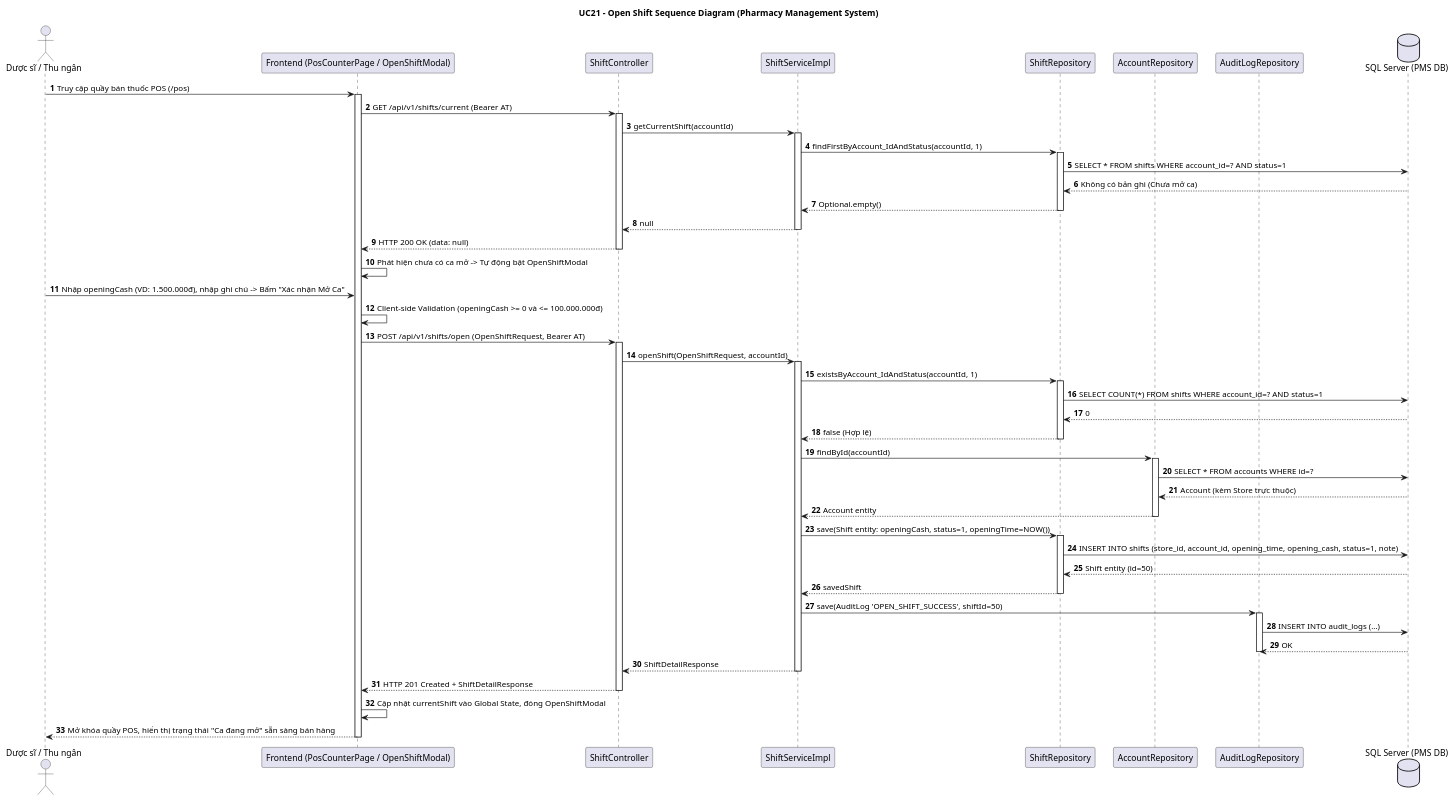
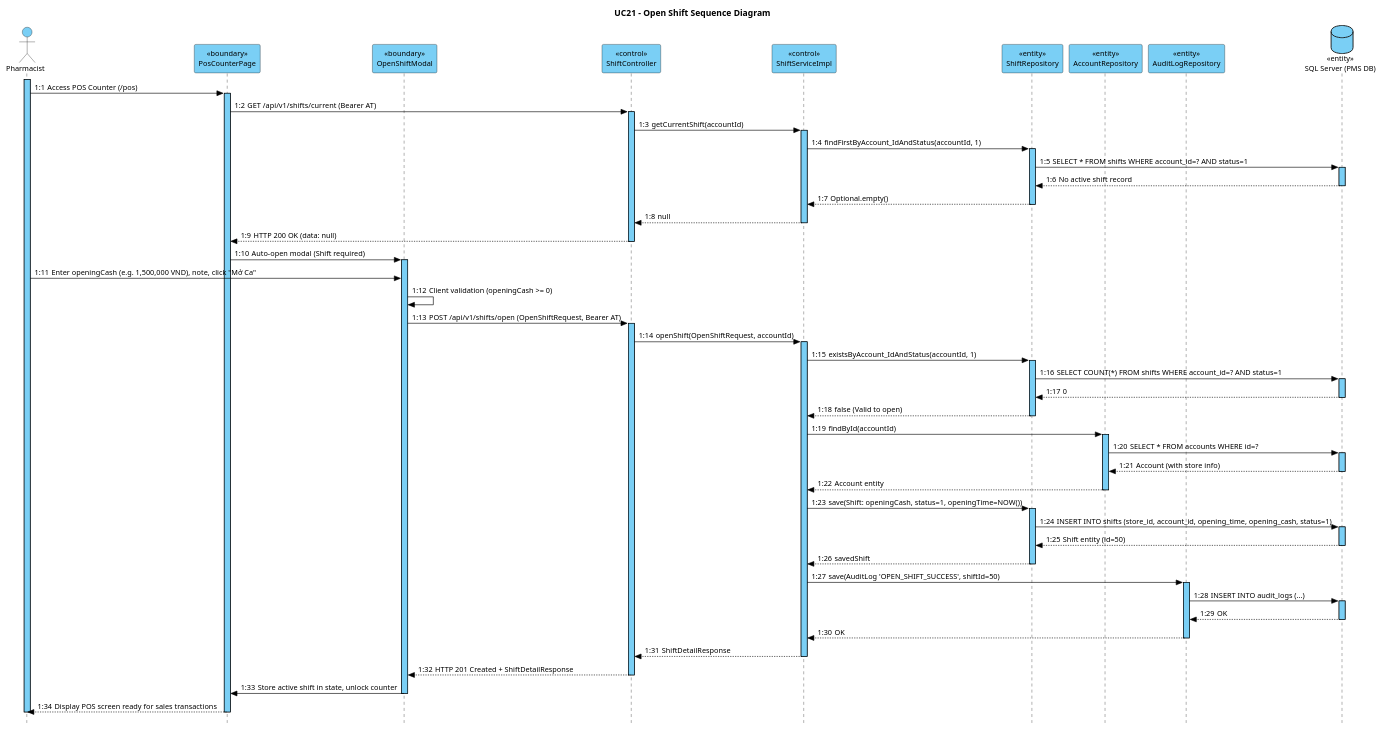
One commit to TuanNam1121/PharmacyManagementSystem changed the diagram in TaiLieu_SRS_SDS/SDS/SequenceDiagrams/03_Shift_Management/SQ11_Open_Shift.puml. Above: the diagram before and after it, drawn with PlantUML. The commit also changed 32 other files, not shown here.

Commit message:
docs: standardize all 16 sequence diagrams to Visual Paradigm style (#7ACFF5, stereotypes, lifelines)

```diff
--- a/TaiLieu_SRS_SDS/SDS/SequenceDiagrams/03_Shift_Management/SQ11_Open_Shift.puml
+++ b/TaiLieu_SRS_SDS/SDS/SequenceDiagrams/03_Shift_Management/SQ11_Open_Shift.puml
@@ -1,77 +1,119 @@
 @startuml SQ11_Open_Shift
-title UC21 - Open Shift Sequence Diagram (Pharmacy Management System)
-autonumber
-skinparam BoxPadding 10
-skinparam ParticipantPadding 10
+title UC21 - Open Shift Sequence Diagram
+autonumber "1:"
+skinparam style strictuml
+skinparam sequenceMessageAlign left
+skinparam defaultFontName Arial
+skinparam defaultFontSize 12
 
-actor User as "Dược sĩ / Thu ngân"
-participant FE as "Frontend (PosCounterPage / OpenShiftModal)"
-participant SC as "ShiftController"
-participant SS as "ShiftServiceImpl"
-participant SR as "ShiftRepository"
-participant AR as "AccountRepository"
-participant ALR as "AuditLogRepository"
-database DB as "SQL Server (PMS DB)"
+skinparam sequence {
+    LifeLineBorderColor #000000
+    LifeLineBackgroundColor #7ACFF5
+    ParticipantBorderColor #000000
+    ParticipantBackgroundColor #7ACFF5
+    ParticipantFontColor #000000
+    ParticipantFontSize 12
+    ActorBorderColor #000000
+    ActorBackgroundColor #7ACFF5
+    ActorFontColor #000000
+    ArrowColor #000000
+    ArrowFontColor #000000
+    GroupBorderColor #000000
+}
 
-User -> FE: Truy cập quầy bán thuốc POS (/pos)
-activate FE
-FE -> SC: GET /api/v1/shifts/current (Bearer AT)
-activate SC
-SC -> SS: getCurrentShift(accountId)
-activate SS
-SS -> SR: findFirstByAccount_IdAndStatus(accountId, 1)
-activate SR
-SR -> DB: SELECT * FROM shifts WHERE account_id=? AND status=1
-DB --> SR: Không có bản ghi (Chưa mở ca)
-SR --> SS: Optional.empty()
-deactivate SR
-SS --> SC: null
-deactivate SS
-SC --> FE: HTTP 200 OK (data: null)
-deactivate SC
+actor "Pharmacist" as Pharmacist #7ACFF5
+participant "<<boundary>>\nPosCounterPage" as PosCounterPage #7ACFF5
+participant "<<boundary>>\nOpenShiftModal" as OpenShiftModal #7ACFF5
+participant "<<control>>\nShiftController" as ShiftController #7ACFF5
+participant "<<control>>\nShiftServiceImpl" as ShiftServiceImpl #7ACFF5
+participant "<<entity>>\nShiftRepository" as ShiftRepository #7ACFF5
+participant "<<entity>>\nAccountRepository" as AccountRepository #7ACFF5
+participant "<<entity>>\nAuditLogRepository" as AuditLogRepo #7ACFF5
+database "<<entity>>\nSQL Server (PMS DB)" as DB #7ACFF5
 
-FE -> FE: Phát hiện chưa có ca mở -> Tự động bật OpenShiftModal
-User -> FE: Nhập openingCash (VD: 1.500.000đ), nhập ghi chú -> Bấm "Xác nhận Mở Ca"
-FE -> FE: Client-side Validation (openingCash >= 0 và <= 100.000.000đ)
+activate Pharmacist #7ACFF5
+Pharmacist -> PosCounterPage: Access POS Counter (/pos)
+activate PosCounterPage #7ACFF5
 
-FE -> SC: POST /api/v1/shifts/open (OpenShiftRequest, Bearer AT)
-activate SC
-SC -> SS: openShift(OpenShiftRequest, accountId)
-activate SS
+PosCounterPage -> ShiftController: GET /api/v1/shifts/current (Bearer AT)
+activate ShiftController #7ACFF5
 
-SS -> SR: existsByAccount_IdAndStatus(accountId, 1)
-activate SR
-SR -> DB: SELECT COUNT(*) FROM shifts WHERE account_id=? AND status=1
-DB --> SR: 0
-SR --> SS: false (Hợp lệ)
-deactivate SR
+ShiftController -> ShiftServiceImpl: getCurrentShift(accountId)
+activate ShiftServiceImpl #7ACFF5
 
-SS -> AR: findById(accountId)
-activate AR
-AR -> DB: SELECT * FROM accounts WHERE id=?
-DB --> AR: Account (kèm Store trực thuộc)
-AR --> SS: Account entity
-deactivate AR
+ShiftServiceImpl -> ShiftRepository: findFirstByAccount_IdAndStatus(accountId, 1)
+activate ShiftRepository #7ACFF5
+ShiftRepository -> DB: SELECT * FROM shifts WHERE account_id=? AND status=1
+activate DB #7ACFF5
+DB --> ShiftRepository: No active shift record
+deactivate DB
+ShiftRepository --> ShiftServiceImpl: Optional.empty()
+deactivate ShiftRepository
 
-SS -> SR: save(Shift entity: openingCash, status=1, openingTime=NOW())
-activate SR
-SR -> DB: INSERT INTO shifts (store_id, account_id, opening_time, opening_cash, status=1, note)
-DB --> SR: Shift entity (id=50)
-SR --> SS: savedShift
-deactivate SR
+ShiftServiceImpl --> ShiftController: null
+deactivate ShiftServiceImpl
 
-SS -> ALR: save(AuditLog 'OPEN_SHIFT_SUCCESS', shiftId=50)
-activate ALR
-ALR -> DB: INSERT INTO audit_logs (...)
-DB --> ALR: OK
-deactivate ALR
+ShiftController --> PosCounterPage: HTTP 200 OK (data: null)
+deactivate ShiftController
 
-SS --> SC: ShiftDetailResponse
-deactivate SS
-SC --> FE: HTTP 201 Created + ShiftDetailResponse
-deactivate SC
+PosCounterPage -> OpenShiftModal: Auto-open modal (Shift required)
+activate OpenShiftModal #7ACFF5
 
-FE -> FE: Cập nhật currentShift vào Global State, đóng OpenShiftModal
-FE --> User: Mở khóa quầy POS, hiển thị trạng thái "Ca đang mở" sẵn sàng bán hàng
-deactivate FE
+Pharmacist -> OpenShiftModal: Enter openingCash (e.g. 1,500,000 VND), note, click "Mở Ca"
+OpenShiftModal -> OpenShiftModal: Client validation (openingCash >= 0)
+
+OpenShiftModal -> ShiftController: POST /api/v1/shifts/open (OpenShiftRequest, Bearer AT)
+activate ShiftController #7ACFF5
+
+ShiftController -> ShiftServiceImpl: openShift(OpenShiftRequest, accountId)
+activate ShiftServiceImpl #7ACFF5
+
+ShiftServiceImpl -> ShiftRepository: existsByAccount_IdAndStatus(accountId, 1)
+activate ShiftRepository #7ACFF5
+ShiftRepository -> DB: SELECT COUNT(*) FROM shifts WHERE account_id=? AND status=1
+activate DB #7ACFF5
+DB --> ShiftRepository: 0
+deactivate DB
+ShiftRepository --> ShiftServiceImpl: false (Valid to open)
+deactivate ShiftRepository
+
+ShiftServiceImpl -> AccountRepository: findById(accountId)
+activate AccountRepository #7ACFF5
+AccountRepository -> DB: SELECT * FROM accounts WHERE id=?
+activate DB #7ACFF5
+DB --> AccountRepository: Account (with store info)
+deactivate DB
+AccountRepository --> ShiftServiceImpl: Account entity
+deactivate AccountRepository
+
+ShiftServiceImpl -> ShiftRepository: save(Shift: openingCash, status=1, openingTime=NOW())
+activate ShiftRepository #7ACFF5
+ShiftRepository -> DB: INSERT INTO shifts (store_id, account_id, opening_time, opening_cash, status=1)
+activate DB #7ACFF5
+DB --> ShiftRepository: Shift entity (id=50)
+deactivate DB
+ShiftRepository --> ShiftServiceImpl: savedShift
+deactivate ShiftRepository
+
+ShiftServiceImpl -> AuditLogRepo: save(AuditLog 'OPEN_SHIFT_SUCCESS', shiftId=50)
+activate AuditLogRepo #7ACFF5
+AuditLogRepo -> DB: INSERT INTO audit_logs (...)
+activate DB #7ACFF5
+DB --> AuditLogRepo: OK
+deactivate DB
+AuditLogRepo --> ShiftServiceImpl: OK
+deactivate AuditLogRepo
+
+ShiftServiceImpl --> ShiftController: ShiftDetailResponse
+deactivate ShiftServiceImpl
+
+ShiftController --> OpenShiftModal: HTTP 201 Created + ShiftDetailResponse
+deactivate ShiftController
+
+OpenShiftModal -> PosCounterPage: Store active shift in state, unlock counter
+deactivate OpenShiftModal
+
+PosCounterPage --> Pharmacist: Display POS screen ready for sales transactions
+deactivate PosCounterPage
+deactivate Pharmacist
 @enduml
```
